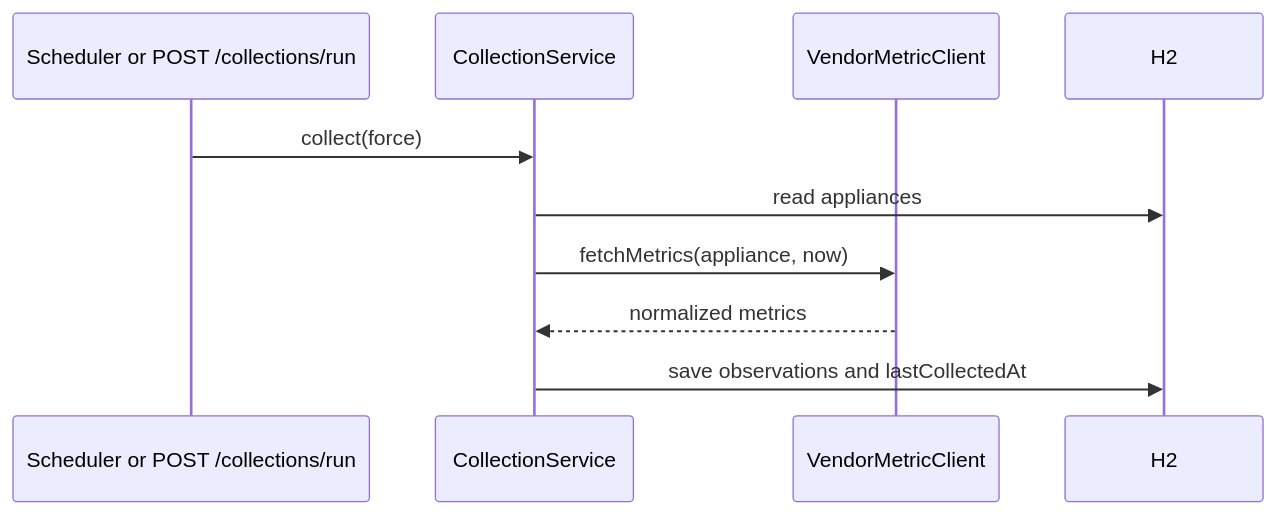
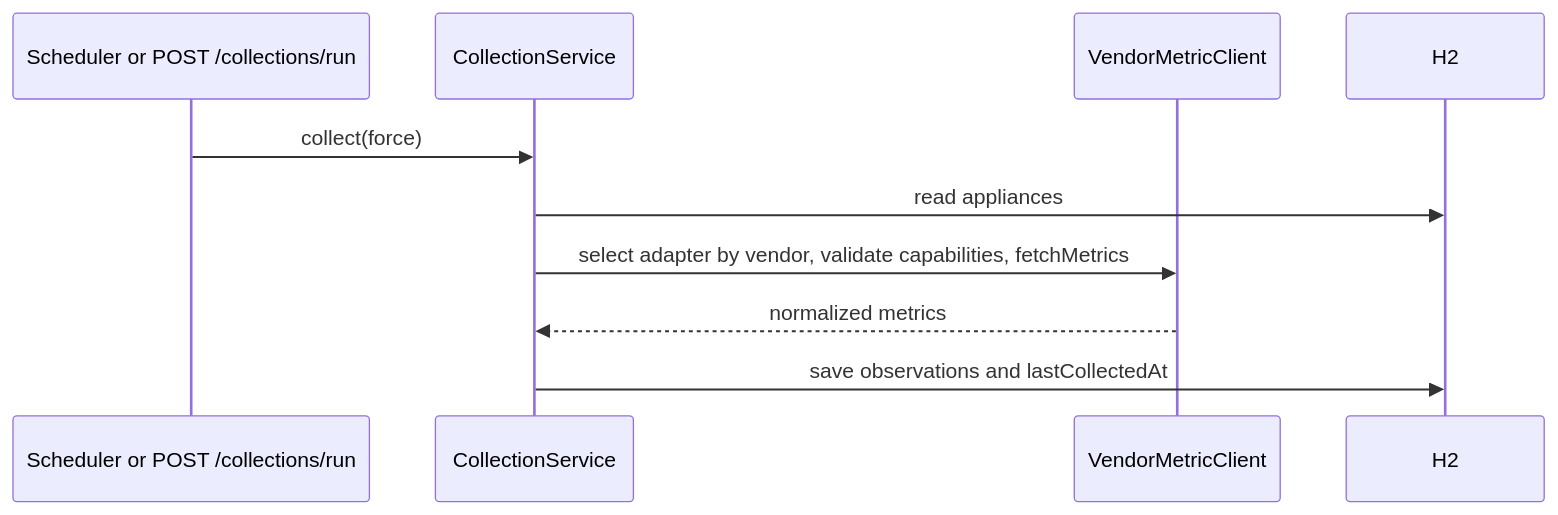
One commit to ranganatha76/iot-appliance-platform changed the second of 2 diagrams in DESIGN.md. Above: the diagram before and after it, drawn with Mermaid. The commit also changed other lines of this file and 12 other files, not shown here.

````diff
--- a/DESIGN.md
+++ b/DESIGN.md
@@ -94,12 +120,12 @@
 ```mermaid
 sequenceDiagram
     participant Scheduler as Scheduler or POST /collections/run
     participant Collector as CollectionService
     participant Vendor as VendorMetricClient
     participant DB as H2
     Scheduler->>Collector: collect(force)
     Collector->>DB: read appliances
-    Collector->>Vendor: fetchMetrics(appliance, now)
+    Collector->>Vendor: select adapter by vendor, validate capabilities, fetchMetrics
     Vendor-->>Collector: normalized metrics
     Collector->>DB: save observations and lastCollectedAt
 ```
````
